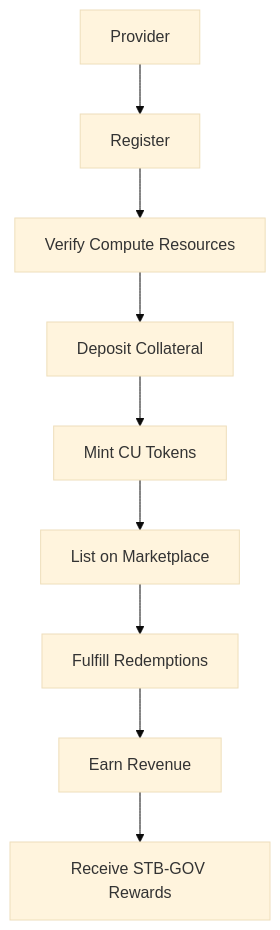
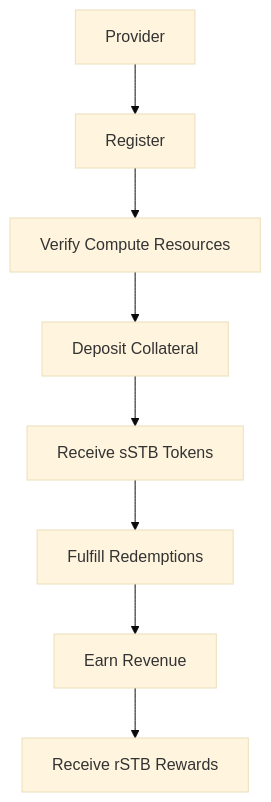
Before and after one commit to stab3l-admin/stab3l-docs: the first of 2 diagrams in content/docs/provider-guide.md, drawn with Mermaid (base theme). The commit also changed other lines of this file and 45 other files, not shown here.

````diff
--- a/content/docs/provider-guide.md
+++ b/content/docs/provider-guide.md
@@ -25,11 +29,10 @@
 ```mermaid
 graph TD
     A[Provider] --> B[Register]
     B --> C[Verify Compute Resources]
     C --> D[Deposit Collateral]
-    D --> E[Mint CU Tokens]
-    E --> F[List on Marketplace]
-    F --> G[Fulfill Redemptions]
-    G --> H[Earn Revenue]
-    H --> I[Receive STB-GOV Rewards]
+    D --> E[Receive sSTB Tokens]
+    E --> F[Fulfill Redemptions]
+    F --> G[Earn Revenue]
+    G --> H[Receive rSTB Rewards]
 ```
````
